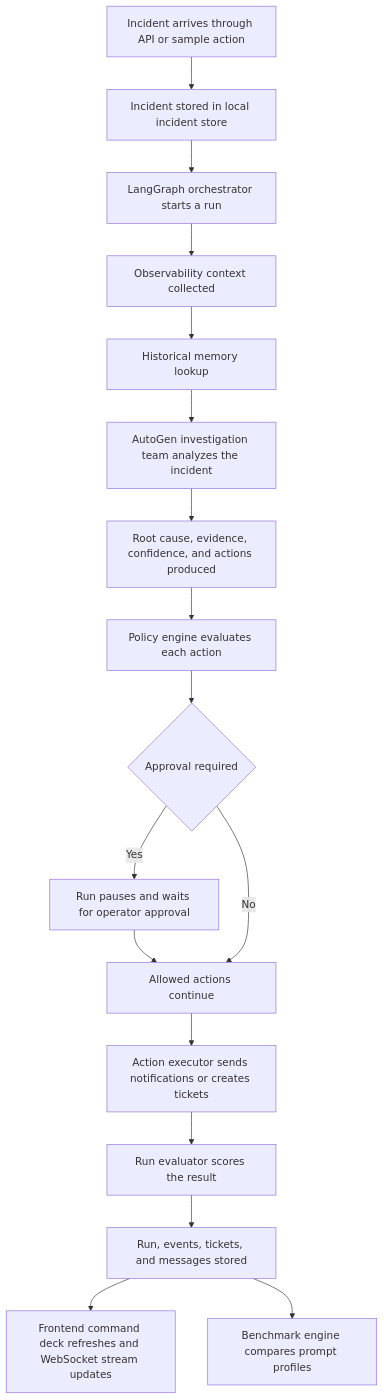
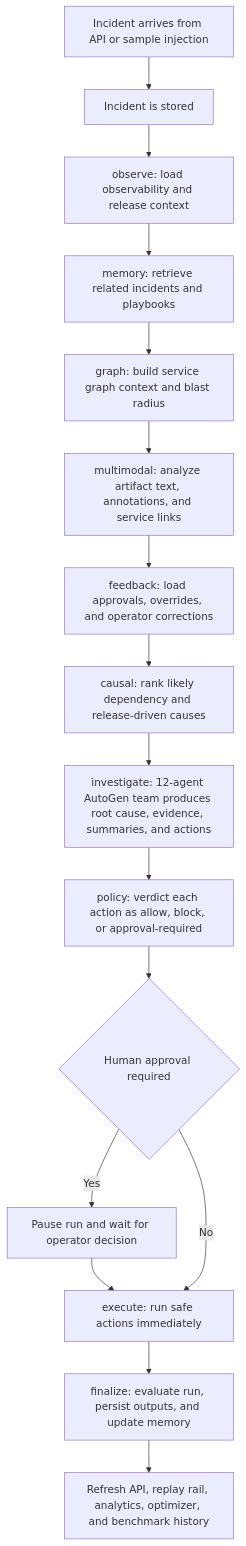
The first of 2 diagrams in README.md (Theepankumargandhi/Ai-incident-commander-langgraph-autogen), drawn with Mermaid before and after one commit. The commit also changed other lines of this file and 109 other files, not shown here.

````diff
--- a/README.md
+++ b/README.md
@@ -50,19 +73,18 @@
 ```mermaid
 flowchart TD
-    A[Incident arrives through API or sample action] --> B[Incident stored in local incident store]
-    B --> C[LangGraph orchestrator starts a run]
-    C --> D[Observability context collected]
-    D --> E[Historical memory lookup]
-    E --> F[AutoGen investigation team analyzes the incident]
-    F --> G[Root cause, evidence, confidence, and actions produced]
-    G --> H[Policy engine evaluates each action]
-    H --> I{Approval required}
-    I -->|Yes| J[Run pauses and waits for operator approval]
-    J --> K[Approved actions resume]
-    I -->|No| K[Allowed actions continue]
-    K --> L[Action executor sends notifications or creates tickets]
-    L --> M[Run evaluator scores the result]
-    M --> N[Run, events, tickets, and messages stored]
-    N --> O[Frontend command deck refreshes and WebSocket stream updates]
-    N --> P[Benchmark engine compares prompt profiles]
+    A[Incident arrives from API or sample injection] --> B[Incident is stored]
+    B --> C[observe: load observability and release context]
+    C --> D[memory: retrieve related incidents and playbooks]
+    D --> E[graph: build service graph context and blast radius]
+    E --> F[multimodal: analyze artifact text, annotations, and service links]
+    F --> G[feedback: load approvals, overrides, and operator corrections]
+    G --> H[causal: rank likely dependency and release-driven causes]
+    H --> I[investigate: 12-agent AutoGen team produces root cause, evidence, summaries, and actions]
+    I --> J[policy: verdict each action as allow, block, or approval-required]
+    J --> K{Human approval required}
+    K -->|Yes| L[Pause run and wait for operator decision]
+    L --> M[execute: resume with approved actions]
+    K -->|No| M[execute: run safe actions immediately]
+    M --> N[finalize: evaluate run, persist outputs, and update memory]
+    N --> O[Refresh API, replay rail, analytics, optimizer, and benchmark history]
 ```
````
